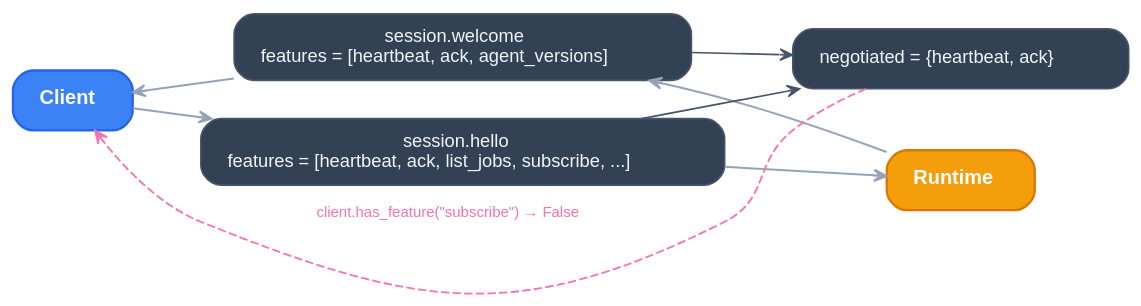
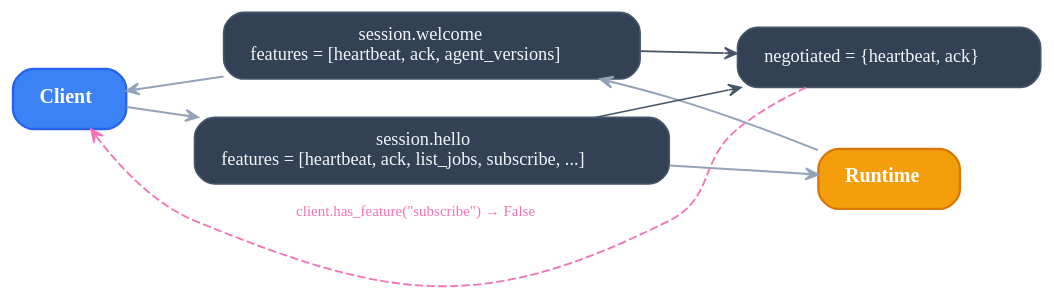
Before and after one commit to agentruntimecontrolprotocol/python-sdk: the diagram in docs/diagrams/capability-negotiation-dark.dot, drawn with Graphviz. The commit also changed 28 other files, not shown here.

First line of the commit message:
Harmonize Graphviz diagrams with the ARCP design system

```diff
--- a/docs/diagrams/capability-negotiation-dark.dot
+++ b/docs/diagrams/capability-negotiation-dark.dot
@@ -1,66 +1,66 @@
 digraph CapabilityNegotiation {
   rankdir=LR;
   bgcolor="transparent";
   compound=true;
-  fontname="Helvetica";
+  fontname="TT Commons Pro Trial";
   splines=spline;
   nodesep=0.32;
   ranksep=0.55;
   pad="0.35,0.25";
 
   node [
     shape=box,
     style="rounded,filled",
     fillcolor="#334155",
     color="#475569",
-    fontname="Helvetica",
+    fontname="TT Commons Pro Trial",
     fontsize=11,
     fontcolor="#F1F5F9",
     margin="0.22,0.11",
     penwidth=1.0
   ];
 
   edge [
-    fontname="Helvetica",
+    fontname="TT Commons Pro Trial",
     fontsize=9,
     fontcolor="#94A3B8",
     color="#64748B",
     penwidth=1.1,
     arrowsize=0.75,
     arrowhead=vee
   ];
 
   Client [
     label=<<FONT POINT-SIZE="12"><B>Client</B></FONT>>,
     fillcolor="#3B82F6", color="#2563EB",
     fontcolor="white", penwidth=1.4
   ];
 
   Runtime [
     label=<<FONT POINT-SIZE="12"><B>Runtime</B></FONT>>,
     fillcolor="#F59E0B", color="#D97706",
     fontcolor="white", penwidth=1.4
   ];
 
   hello_features   [label=<session.hello<BR/>features = [heartbeat, ack, list_jobs, subscribe, ...]>];
   welcome_features [label=<session.welcome<BR/>features = [heartbeat, ack, agent_versions]>];
   intersection     [label=<negotiated = {heartbeat, ack}>];
 
   edge [color="#94A3B8", penwidth=1.2];
   Client           -> hello_features;
   hello_features   -> Runtime;
   Runtime          -> welcome_features;
   welcome_features -> Client;
 
   edge [color="#475569", penwidth=1.0];
   hello_features   -> intersection;
   welcome_features -> intersection;
 
   { rank=same; hello_features; welcome_features; }
 
   intersection -> Client [
     style=dashed, color="#F472B6", penwidth=1.1,
     constraint=false,
     label=<<FONT COLOR="#F472B6">client.has_feature("subscribe") &#8594; False</FONT>>, fontsize=9
   ];
 }
```
